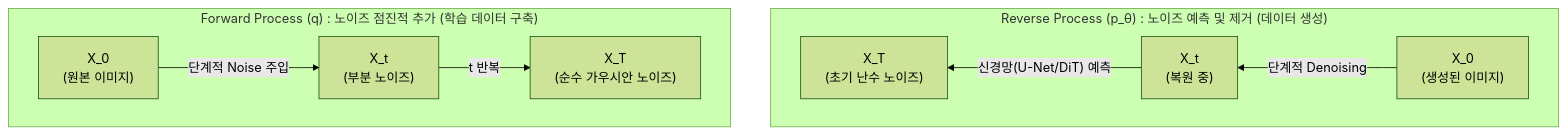
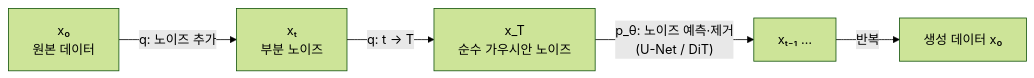
Before and after one commit to supremethumb/supremethumb.github.io: the diagram in content/01_IT Tech/Diffusion 모델.md, drawn with Mermaid (forest theme). The commit also changed other lines of this file and 1087 other files, not shown here.

````diff
--- a/content/01_IT Tech/Diffusion 모델.md
+++ b/content/01_IT Tech/Diffusion 모델.md
@@ -27,16 +37,5 @@
 ```mermaid
 flowchart LR
-    subgraph Forward ["Forward Process (q) : 노이즈 점진적 추가 (학습 데이터 구축)"]
-        direction LR
-        X0["X_0<br/>(원본 이미지)"] -- "단계적 Noise 주입" --> Xt["X_t<br/>(부분 노이즈)"] -- "t 반복" --> XT["X_T<br/>(순수 가우시안 노이즈)"]
-    end
-
-    subgraph Reverse ["Reverse Process (p_θ) : 노이즈 예측 및 제거 (데이터 생성)"]
-        direction RL
-        Y0["X_0<br/>(생성된 이미지)"] -- "단계적 Denoising" --> Yt["X_t<br/>(복원 중)"] -- "신경망(U-Net/DiT) 예측" --> YT["X_T<br/>(초기 난수 노이즈)"]
-    end
-
-    Forward ~~~ Reverse
-
-
+    X0["x₀<br/>원본 데이터"] -- "q: 노이즈 추가" --> XT1["xₜ<br/>부분 노이즈"] -- "q: t → T" --> XT["x_T<br/>순수 가우시안 노이즈"]
+    XT -- "p_θ: 노이즈 예측·제거<br/>(U-Net / DiT)" --> XR["xₜ₋₁ …"] -- "반복" --> G["생성 데이터 x₀"]
 ```
````
